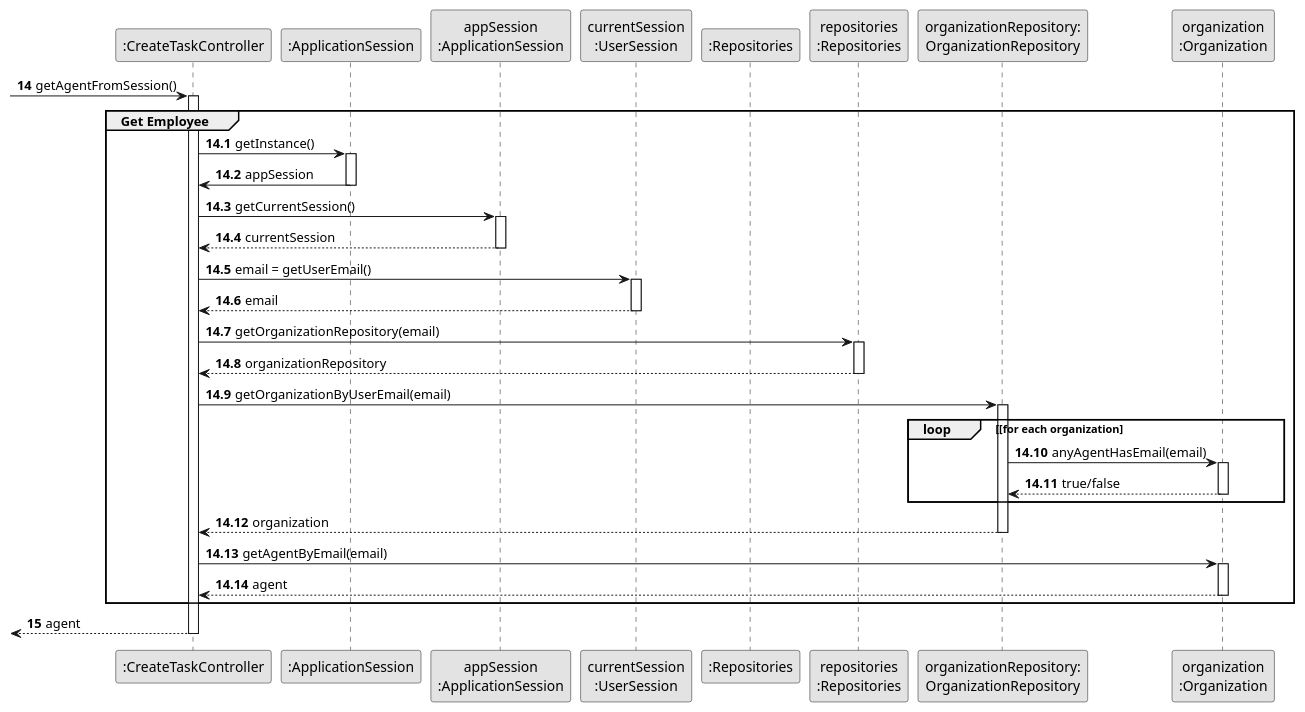
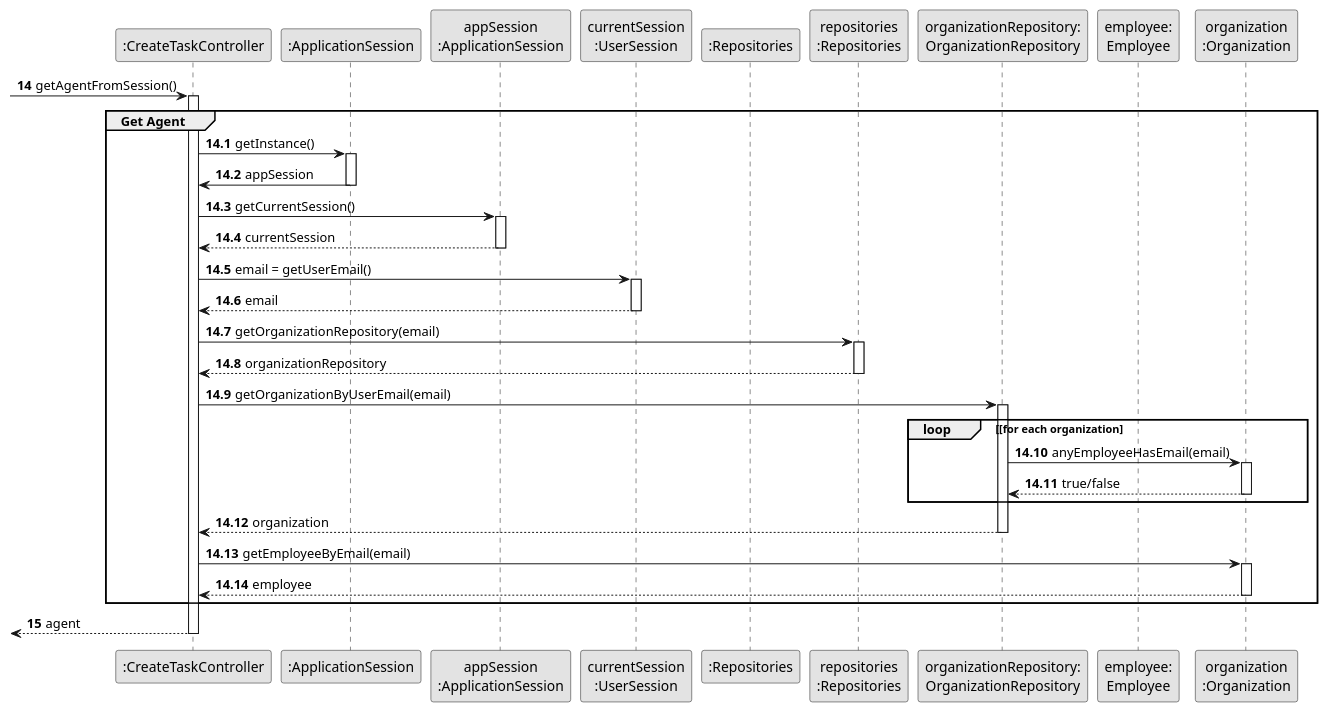
Before and after one commit to Rodrick0209/ISEP-LAPR2-22-23: the diagram in docs/Sprint-B/US002/03.design/puml/us002-sequence-diagram-partial-get-agent.puml, drawn with PlantUML. The commit also changed 59 other files, not shown here.

```diff
--- a/docs/Sprint-B/US002/03.design/puml/us002-sequence-diagram-partial-get-agent.puml
+++ b/docs/Sprint-B/US002/03.design/puml/us002-sequence-diagram-partial-get-agent.puml
@@ -1,72 +1,74 @@
 @startuml
 skinparam monochrome true
 skinparam packageStyle rectangle
 skinparam shadowing false
 
 
 
 'hide footbox
 participant ":CreateTaskController" as CTRL
 participant ":ApplicationSession" as _APP
 participant "appSession\n:ApplicationSession" as APP
 participant "currentSession\n:UserSession" as SESSAO
 participant ":Repositories" as RepositorySingleton
 participant "repositories\n:Repositories" as PLAT
 participant "organizationRepository:\nOrganizationRepository" as OrganizationRepository
+participant "employee:\nEmployee" as EMP
 participant "organization\n:Organization" as ORG
 
 autonumber 14
 -> CTRL : getAgentFromSession()
 autonumber 14.1
 activate CTRL
 
-    group Get Employee
+    group Get Agent
         CTRL -> _APP: getInstance()
         activate _APP
             _APP -> CTRL: appSession
         deactivate _APP
 
         CTRL -> APP: getCurrentSession()
         activate APP
 
             APP --> CTRL: currentSession
         deactivate APP
 
         CTRL -> SESSAO: email = getUserEmail()
         activate SESSAO
 
             SESSAO --> CTRL: email
         deactivate SESSAO
 
         CTRL -> PLAT: getOrganizationRepository(email)
         activate PLAT
 
             PLAT --> CTRL: organizationRepository
         deactivate PLAT
 
         CTRL -> OrganizationRepository: getOrganizationByUserEmail(email)
         activate OrganizationRepository
 
             loop [for each organization
-                OrganizationRepository -> ORG : anyAgentHasEmail(email)
+                OrganizationRepository -> ORG : anyEmployeeHasEmail(email)
                 activate ORG
 
                      ORG --> OrganizationRepository : true/false
                 deactivate ORG
             end
 
             OrganizationRepository --> CTRL : organization
 
         deactivate OrganizationRepository
 
-        CTRL -> ORG: getAgentByEmail(email)
+        CTRL -> ORG: getEmployeeByEmail(email)
         activate ORG
 
-            ORG --> CTRL : agent
+            ORG --> CTRL : employee
         deactivate ORG
+
     end
     autonumber 15
     <-- CTRL : agent
 deactivate CTRL
 
 @enduml
```
